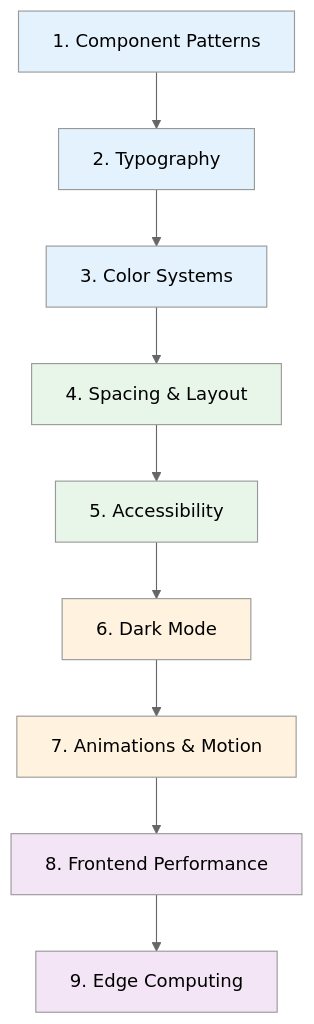
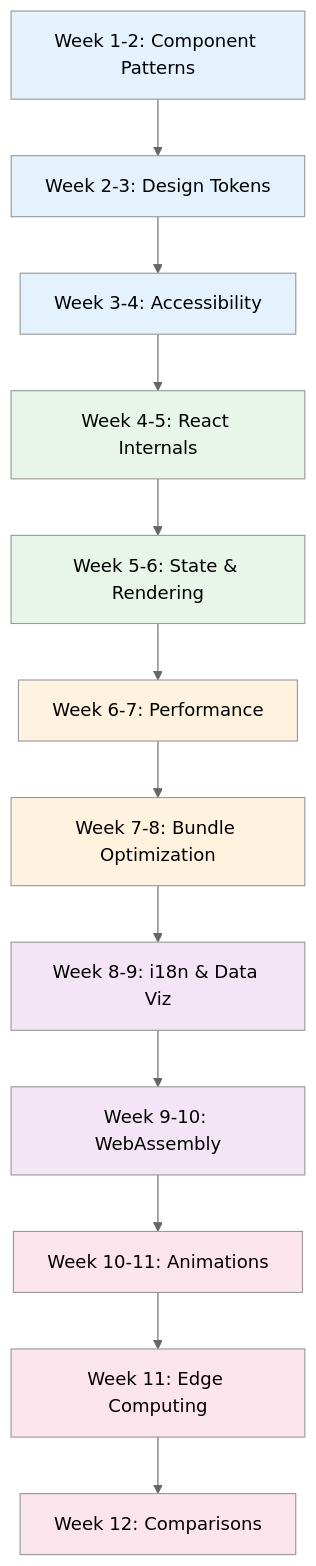
One commit to ayush-jadaun/knowledge-vault changed the diagram in docs/learning-paths/frontend-engineer.md. Above: the diagram before and after it, drawn with Mermaid (neutral theme). The commit also changed other lines of this file and 143 other files, not shown here.

````diff
--- a/docs/learning-paths/frontend-engineer.md
+++ b/docs/learning-paths/frontend-engineer.md
@@ -17,21 +32,27 @@
 ```mermaid
 graph TD
-    S1[1. Component Patterns] --> S2[2. Typography]
-    S2 --> S3[3. Color Systems]
-    S3 --> S4[4. Spacing & Layout]
-    S4 --> S5[5. Accessibility]
-    S5 --> S6[6. Dark Mode]
-    S6 --> S7[7. Animations & Motion]
-    S7 --> S8[8. Frontend Performance]
-    S8 --> S9[9. Edge Computing]
+    S1["Week 1-2: Component Patterns"] --> S2["Week 2-3: Design Tokens"]
+    S2 --> S3["Week 3-4: Accessibility"]
+    S3 --> S4["Week 4-5: React Internals"]
+    S4 --> S5["Week 5-6: State & Rendering"]
+    S5 --> S6["Week 6-7: Performance"]
+    S6 --> S7["Week 7-8: Bundle Optimization"]
+    S7 --> S8["Week 8-9: i18n & Data Viz"]
+    S8 --> S9["Week 9-10: WebAssembly"]
+    S9 --> S10["Week 10-11: Animations"]
+    S10 --> S11["Week 11: Edge Computing"]
+    S11 --> S12["Week 12: Comparisons"]
 
     style S1 fill:#e3f2fd
     style S2 fill:#e3f2fd
     style S3 fill:#e3f2fd
     style S4 fill:#e8f5e9
     style S5 fill:#e8f5e9
     style S6 fill:#fff3e0
     style S7 fill:#fff3e0
     style S8 fill:#f3e5f5
     style S9 fill:#f3e5f5
+    style S10 fill:#fce4ec
+    style S11 fill:#fce4ec
+    style S12 fill:#fce4ec
 ```
````
